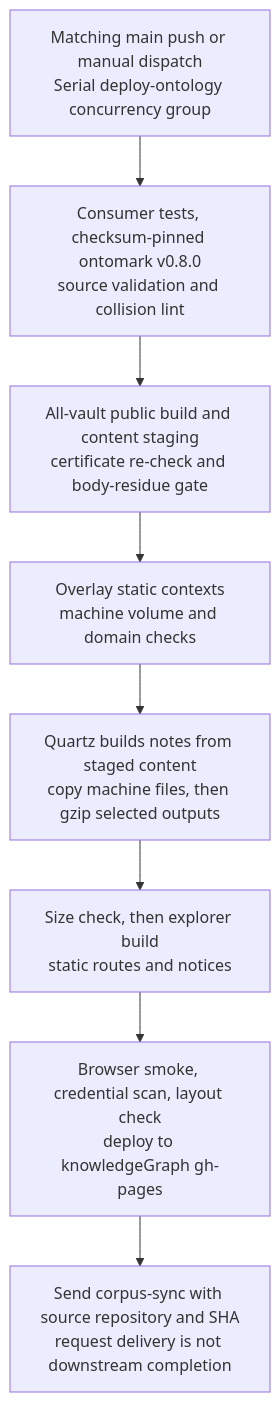
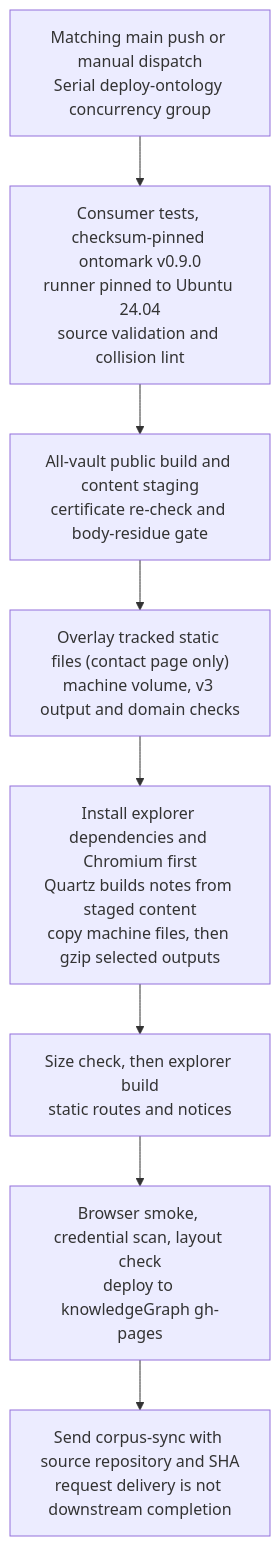
One commit to DreamLab-AI/VisionFlow changed the first of 4 diagrams in docs/diagrams/visiongraph/03-publish-pipeline-and-explorer-build.md. Above: the diagram before and after it, drawn with Mermaid. The commit also changed other lines of this file and 70 other files, not shown here.

First line of the commit message:
docs(diagrams): re-verify 69 topics at current default-branch heads

````diff
--- a/docs/diagrams/visiongraph/03-publish-pipeline-and-explorer-build.md
+++ b/docs/diagrams/visiongraph/03-publish-pipeline-and-explorer-build.md
@@ -31,24 +31,26 @@
 ```mermaid
 flowchart TB
     START["Matching main push or manual dispatch<br/>Serial deploy-ontology concurrency group"]
-    CLI["Consumer tests, checksum-pinned ontomark v0.8.0<br/>source validation and collision lint"]
+    CLI["Consumer tests, checksum-pinned ontomark v0.9.0<br/>runner pinned to Ubuntu 24.04<br/>source validation and collision lint"]
     BUILD["All-vault public build and content staging<br/>certificate re-check and body-residue gate"]
-    DATA["Overlay static contexts<br/>machine volume and domain checks"]
-    NOTES["Quartz builds notes from staged content<br/>copy machine files, then gzip selected outputs"]
+    DATA["Overlay tracked static files (contact page only)<br/>machine volume, v3 output and domain checks"]
+    NOTES["Install explorer dependencies and Chromium first<br/>Quartz builds notes from staged content<br/>copy machine files, then gzip selected outputs"]
     SPA["Size check, then explorer build<br/>static routes and notices"]
     FINAL["Browser smoke, credential scan, layout check<br/>deploy to knowledgeGraph gh-pages"]
     EVENT["Send corpus-sync with source repository and SHA<br/>request delivery is not downstream completion"]
     START --> CLI --> BUILD --> DATA --> NOTES --> SPA --> FINAL --> EVENT
     %% Source: .github/workflows/publish.yml:20
     %% Source: .github/workflows/publish.yml:37
     %% Source: .github/workflows/publish.yml:48
-    %% Source: .github/workflows/publish.yml:88
-    %% Source: .github/workflows/publish.yml:144
-    %% Source: .github/workflows/publish.yml:174
-    %% Source: .github/workflows/publish.yml:216
-    %% Source: .github/workflows/publish.yml:245
-    %% Source: .github/workflows/publish.yml:260
-    %% Source: .github/workflows/publish.yml:332
-    %% Source: .github/workflows/publish.yml:384
-    %% Source: .github/workflows/publish.yml:545
+    %% Source: .github/workflows/publish.yml:57
+    %% Source: .github/workflows/publish.yml:89
+    %% Source: .github/workflows/publish.yml:145
+    %% Source: .github/workflows/publish.yml:175
+    %% Source: .github/workflows/publish.yml:217
+    %% Source: .github/workflows/publish.yml:246
+    %% Source: .github/workflows/publish.yml:261
+    %% Source: .github/workflows/publish.yml:335
+    %% Source: .github/workflows/publish.yml:343
+    %% Source: .github/workflows/publish.yml:395
+    %% Source: .github/workflows/publish.yml:554
 ```
````
